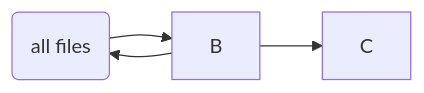
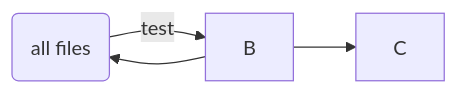
The second of 2 diagrams in README.md (plchagnon/Lonicera---Coralie), drawn with Mermaid before and after one commit.

````diff
--- a/README.md
+++ b/README.md
@@ -78,5 +78,5 @@
 ```mermaid
 flowchart LR
-a(all files)-->B
+a(all files)-- test -->B
 B-->C & a
 ```
````
